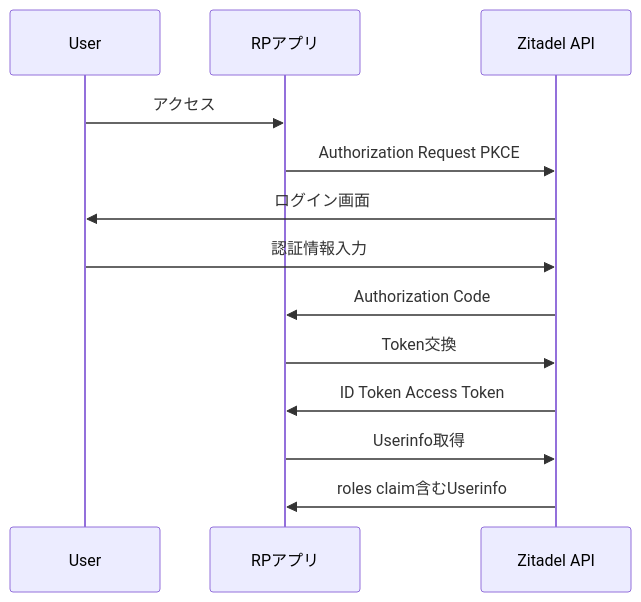
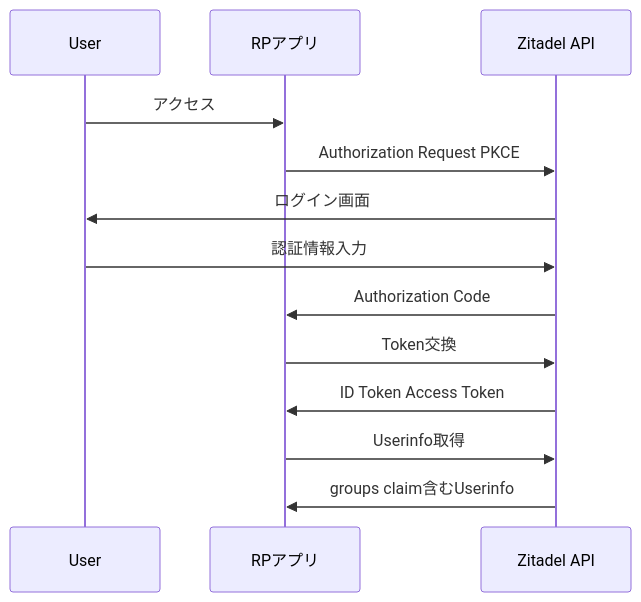
The second of 6 diagrams in .kiro/specs/idp-migration-zitadel/design.md (aramakisai/aramakisai-infra), drawn with Mermaid before and after one commit. The commit also changed other lines of this file and 12 other files, not shown here.

````diff
--- a/.kiro/specs/idp-migration-zitadel/design.md
+++ b/.kiro/specs/idp-migration-zitadel/design.md
@@ -197,15 +197,15 @@
 ```mermaid
 sequenceDiagram
     participant User
     participant RP as RPアプリ
     participant Zitadel as Zitadel API
     User->>RP: アクセス
     RP->>Zitadel: Authorization Request PKCE
     Zitadel->>User: ログイン画面
     User->>Zitadel: 認証情報入力
     Zitadel->>RP: Authorization Code
     RP->>Zitadel: Token交換
     Zitadel->>RP: ID Token Access Token
     RP->>Zitadel: Userinfo取得
-    Zitadel->>RP: roles claim含むUserinfo
+    Zitadel->>RP: groups claim含むUserinfo
 ```
````
